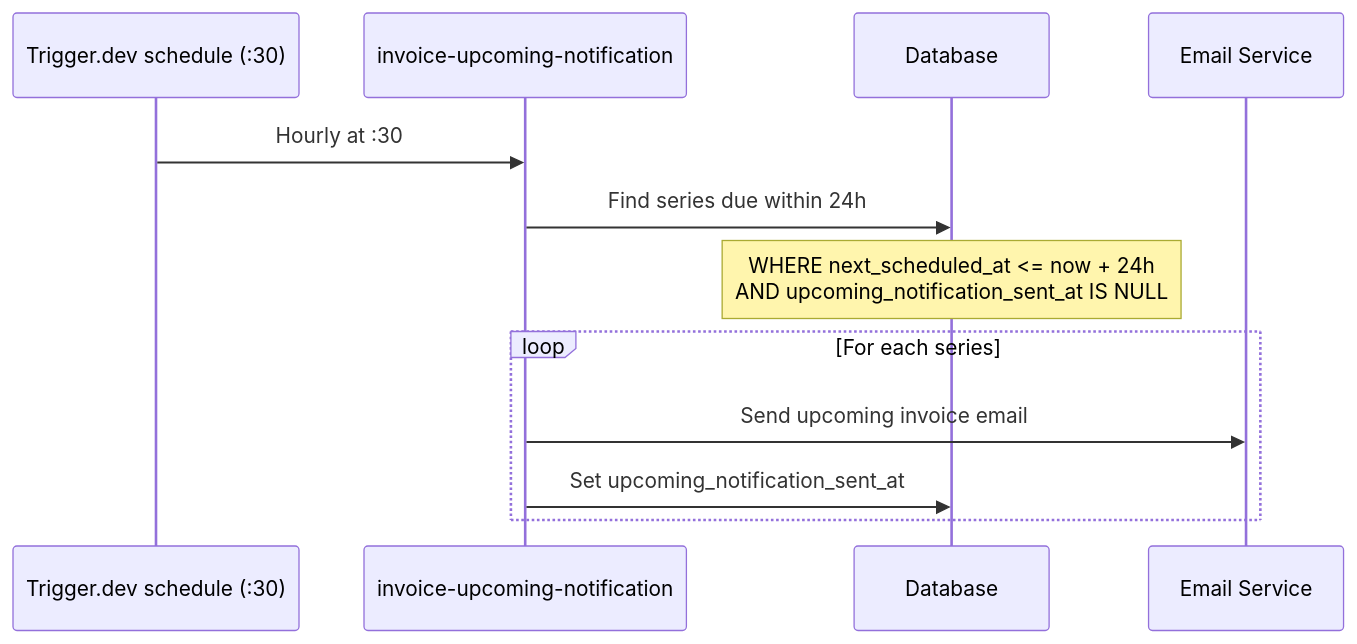
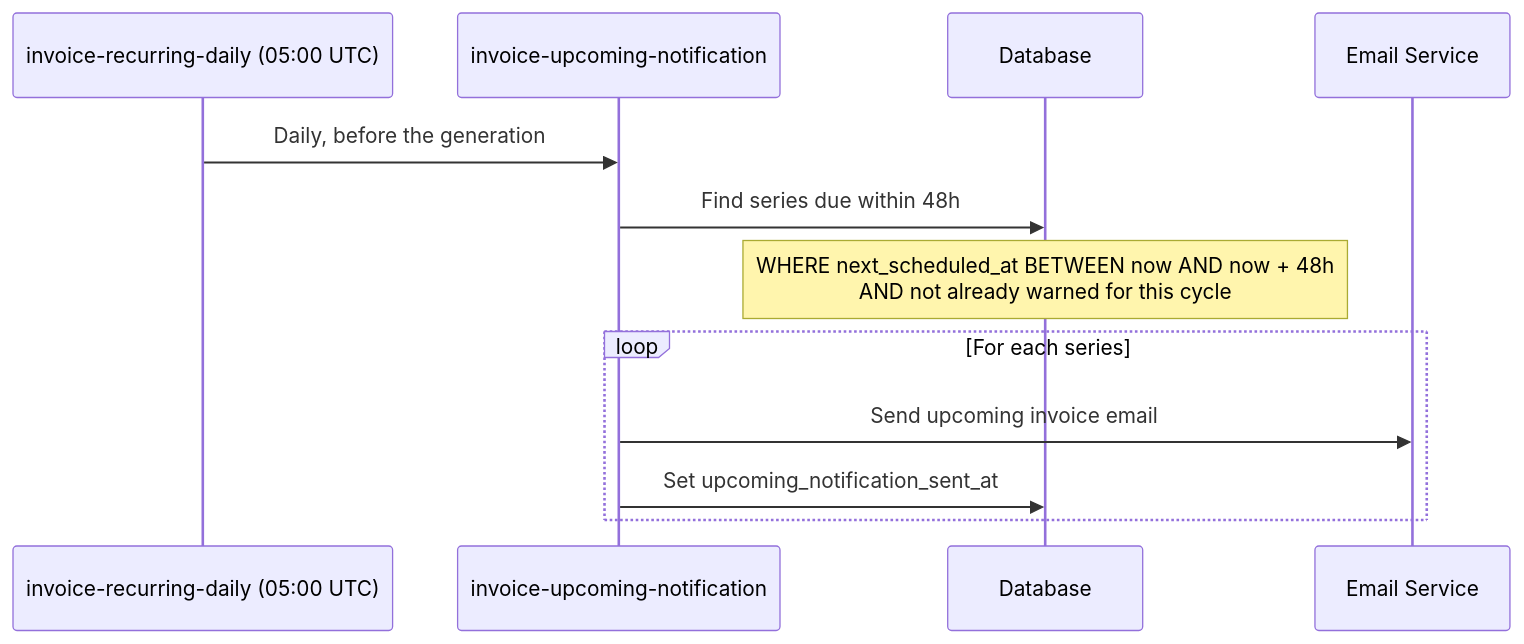
One commit to FredflixBE/midday changed the sixth of 6 diagrams in docs/invoice-recurring.md. Above: the diagram before and after it, drawn with Mermaid. The commit also changed other lines of this file, not shown here.

First line of the commit message:
FF-1522: bring docs/invoice-recurring.md in line with the daily schedule

````diff
--- a/docs/invoice-recurring.md
+++ b/docs/invoice-recurring.md
@@ -274,16 +279,16 @@
 ```mermaid
 sequenceDiagram
-    participant Cron as Trigger.dev schedule (:30)
+    participant Cron as invoice-recurring-daily (05:00 UTC)
     participant Task as invoice-upcoming-notification
     participant DB as Database
     participant Email as Email Service
     
-    Cron->>Task: Hourly at :30
-    Task->>DB: Find series due within 24h
-    Note over DB: WHERE next_scheduled_at <= now + 24h<br/>AND upcoming_notification_sent_at IS NULL
+    Cron->>Task: Daily, before the generation
+    Task->>DB: Find series due within 48h
+    Note over DB: WHERE next_scheduled_at BETWEEN now AND now + 48h<br/>AND not already warned for this cycle
     
     loop For each series
         Task->>Email: Send upcoming invoice email
         Task->>DB: Set upcoming_notification_sent_at
     end
 ```
````
